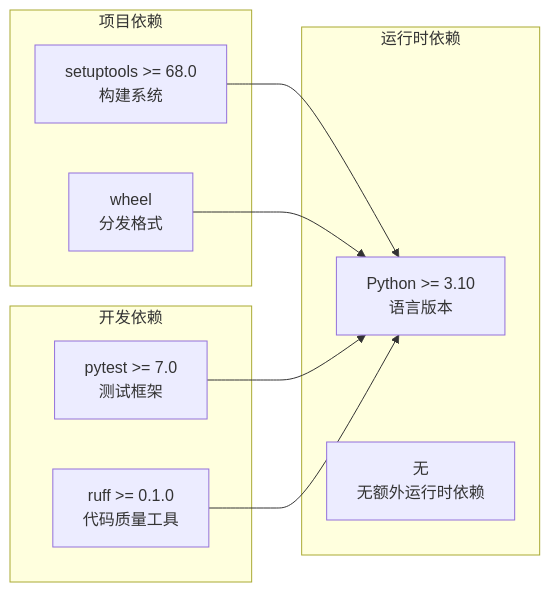
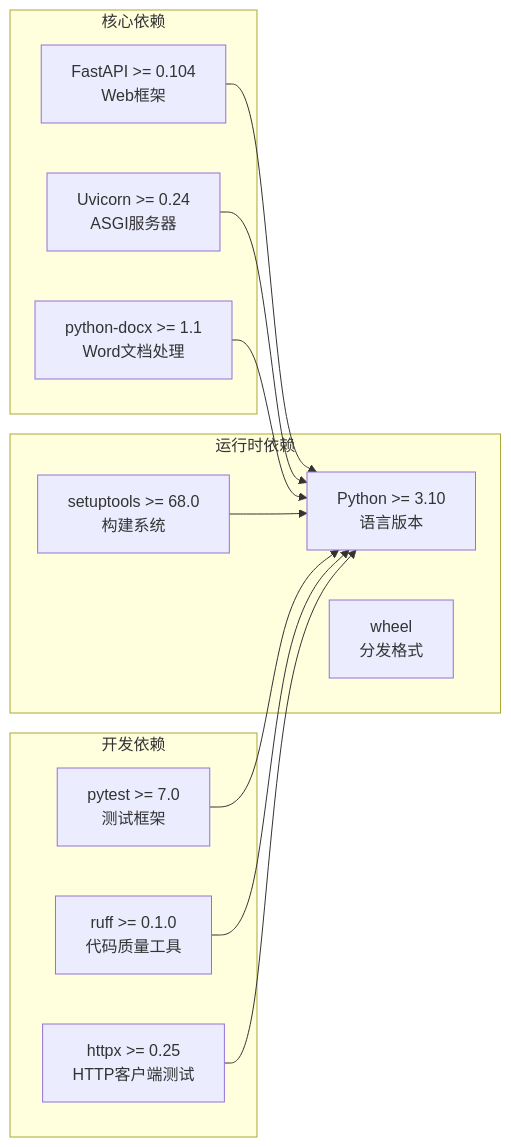
One commit to SimonWHL/math-learning changed diagram 11 of 12 in .qoder/repowiki/zh/content/API参考.md. Above: the diagram before and after it, drawn with Mermaid. The commit also changed other lines of this file and 18 other files, not shown here.

````diff
--- a/.qoder/repowiki/zh/content/API参考.md
+++ b/.qoder/repowiki/zh/content/API参考.md
@@ -237,19 +437,25 @@
 ```mermaid
 graph LR
-subgraph "项目依赖"
-A[setuptools >= 68.0<br/>构建系统]
-B[wheel<br/>分发格式]
+subgraph "核心依赖"
+A[FastAPI >= 0.104<br/>Web框架]
+B[Uvicorn >= 0.24<br/>ASGI服务器]
+C[python-docx >= 1.1<br/>Word文档处理]
 end
 subgraph "运行时依赖"
-C[Python >= 3.10<br/>语言版本]
-D[无<br/>无额外运行时依赖]
+D[Python >= 3.10<br/>语言版本]
+E[setuptools >= 68.0<br/>构建系统]
+F[wheel<br/>分发格式]
 end
 subgraph "开发依赖"
-E[pytest >= 7.0<br/>测试框架]
-F[ruff >= 0.1.0<br/>代码质量工具]
+G[pytest >= 7.0<br/>测试框架]
+H[ruff >= 0.1.0<br/>代码质量工具]
+I[httpx >= 0.25<br/>HTTP客户端测试]
 end
-A --> C
-B --> C
-E --> C
-F --> C
+A --> D
+B --> D
+C --> D
+E --> D
+G --> D
+H --> D
+I --> D
 ```
````
